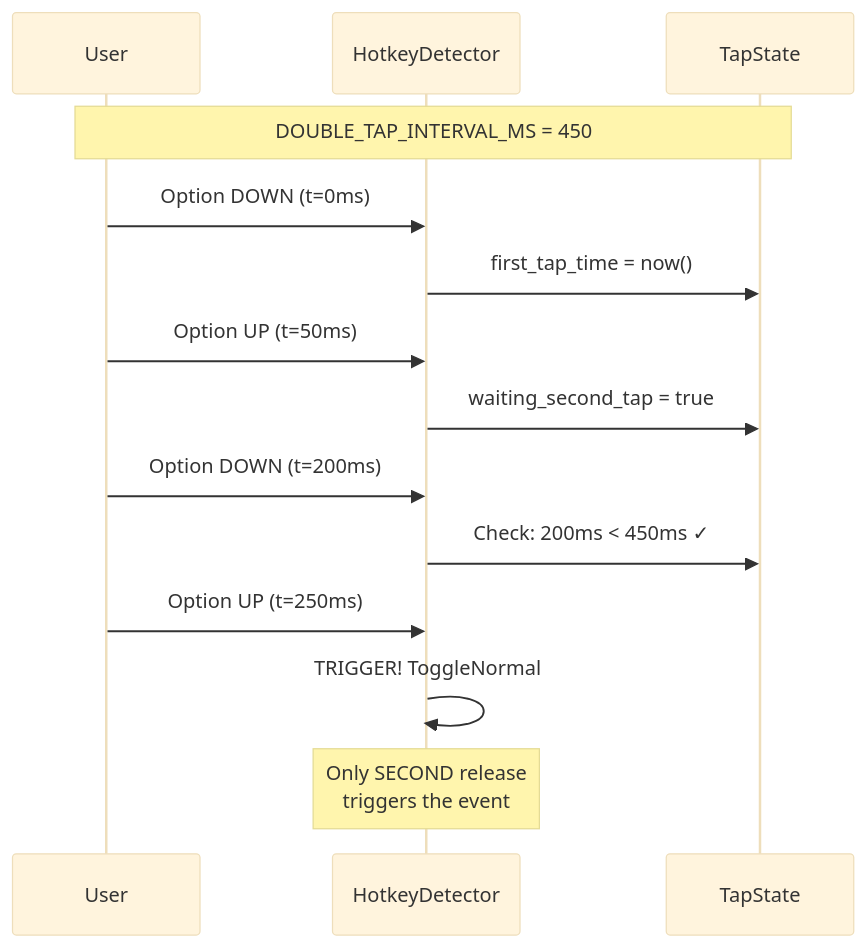
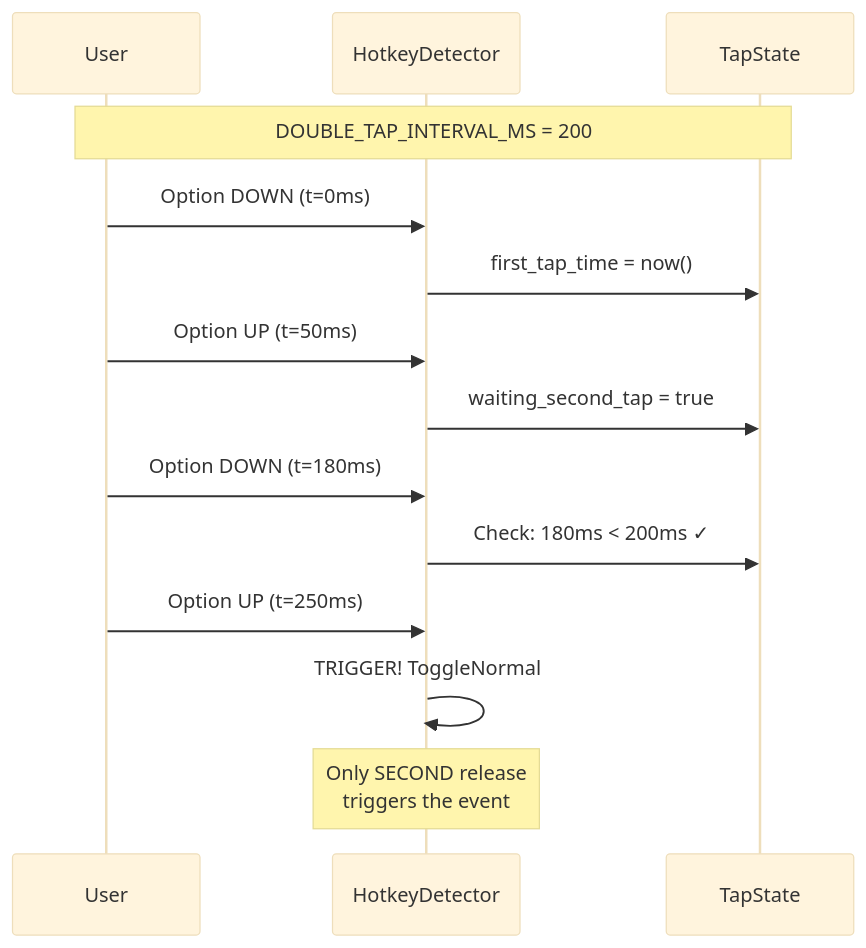
Before and after one commit to vetcoders/codescribe: the seventh of 7 diagrams in docs/HOTKEYS_CONTRACT.md, drawn with Mermaid (base theme). The commit also changed other lines of this file and 14 other files, not shown here.

First line of the commit message:
Add configurable double-tap interval for hotkeys

````diff
--- a/docs/HOTKEYS_CONTRACT.md
+++ b/docs/HOTKEYS_CONTRACT.md
@@ -360,22 +360,22 @@
 ```mermaid
 sequenceDiagram
     participant User
     participant Detector as HotkeyDetector
     participant State as TapState
 
-    Note over User,State: DOUBLE_TAP_INTERVAL_MS = 450
+    Note over User,State: DOUBLE_TAP_INTERVAL_MS = 200
 
     User->>Detector: Option DOWN (t=0ms)
     Detector->>State: first_tap_time = now()
 
     User->>Detector: Option UP (t=50ms)
     Detector->>State: waiting_second_tap = true
 
-    User->>Detector: Option DOWN (t=200ms)
-    Detector->>State: Check: 200ms < 450ms ✓
+    User->>Detector: Option DOWN (t=180ms)
+    Detector->>State: Check: 180ms < 200ms ✓
 
     User->>Detector: Option UP (t=250ms)
     Detector->>Detector: TRIGGER! ToggleNormal
 
     Note over Detector: Only SECOND release<br/>triggers the event
 ```
````
